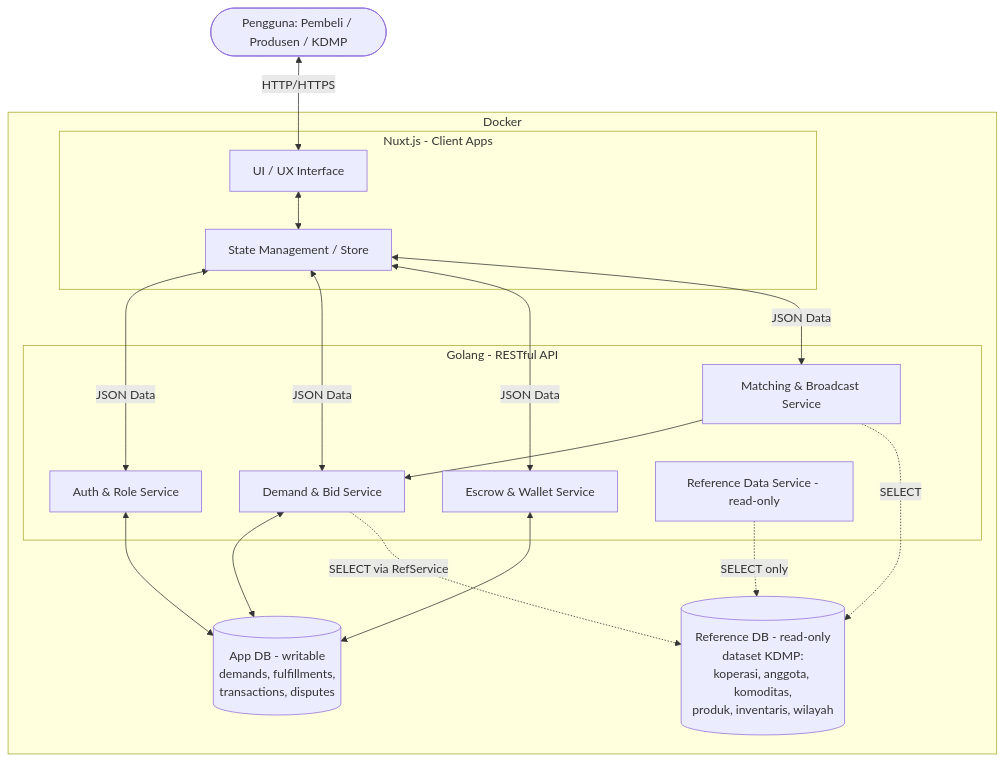
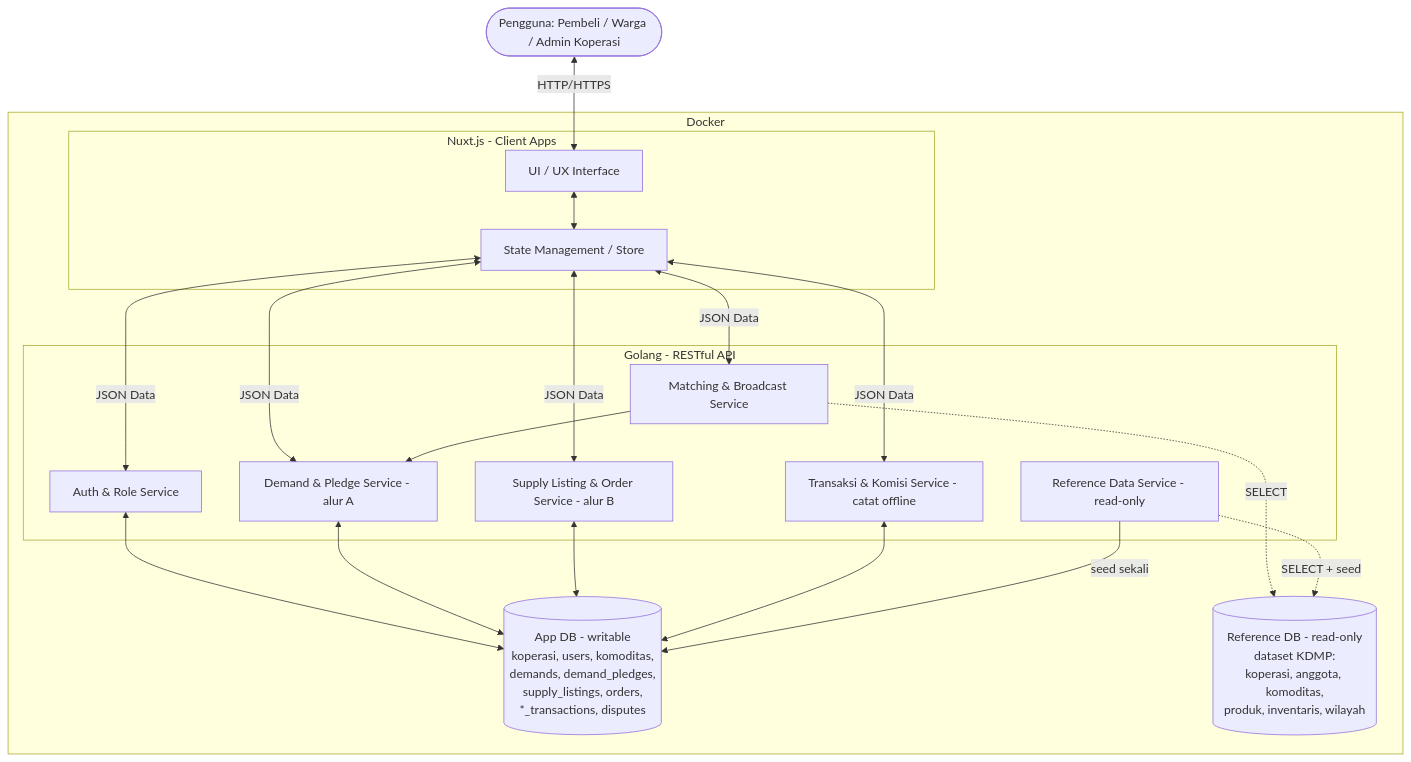
Before and after one commit to niceProg/budes: the first of 2 diagrams in PRD.md, drawn with Mermaid. The commit also changed other lines of this file and 10 other files, not shown here.

````diff
--- a/PRD.md
+++ b/PRD.md
@@ -84,43 +101,45 @@
 ```mermaid
 flowchart TD
-    User([Pengguna: Pembeli / Produsen / KDMP])
+    User([Pengguna: Pembeli / Warga / Admin Koperasi])
 
     subgraph Frontend [Nuxt.js - Client Apps]
         UI[UI / UX Interface]
         State[State Management / Store]
     end
 
     subgraph Backend [Golang - RESTful API]
         AuthService[Auth & Role Service]
-        MarketService[Demand & Bid Service]
-        EscrowService[Escrow & Wallet Service]
+        DemandService[Demand & Pledge Service - alur A]
+        SupplyService[Supply Listing & Order Service - alur B]
+        TxService[Transaksi & Komisi Service - catat offline]
         RefService[Reference Data Service - read-only]
         MatchService[Matching & Broadcast Service]
     end
 
-    AppDB[(App DB - writable<br/>demands, fulfillments,<br/>transactions, disputes)]
+    AppDB[(App DB - writable<br/>koperasi, users, komoditas,<br/>demands, demand_pledges,<br/>supply_listings, orders,<br/>*_transactions, disputes)]
     RefDB[(Reference DB - read-only<br/>dataset KDMP:<br/>koperasi, anggota, komoditas,<br/>produk, inventaris, wilayah)]
 
     User <-->|HTTP/HTTPS| UI
     UI <--> State
     State <-->|JSON Data| AuthService
-    State <-->|JSON Data| MarketService
-    State <-->|JSON Data| EscrowService
+    State <-->|JSON Data| DemandService
+    State <-->|JSON Data| SupplyService
+    State <-->|JSON Data| TxService
     State <-->|JSON Data| MatchService
 
     AuthService <--> AppDB
-    MarketService <--> AppDB
-    EscrowService <--> AppDB
-    MatchService --> MarketService
+    DemandService <--> AppDB
+    SupplyService <--> AppDB
+    TxService <--> AppDB
+    MatchService --> DemandService
     MatchService -.->|SELECT| RefDB
-    RefService -.->|SELECT only| RefDB
-    MarketService -.->|SELECT via RefService| RefDB
+    RefService -.->|SELECT + seed| RefDB
+    RefService -->|seed sekali| AppDB
 
-    %% Keterangan Deployment
     subgraph Docker
         Frontend
         Backend
         AppDB
         RefDB
     end
 ```
````
